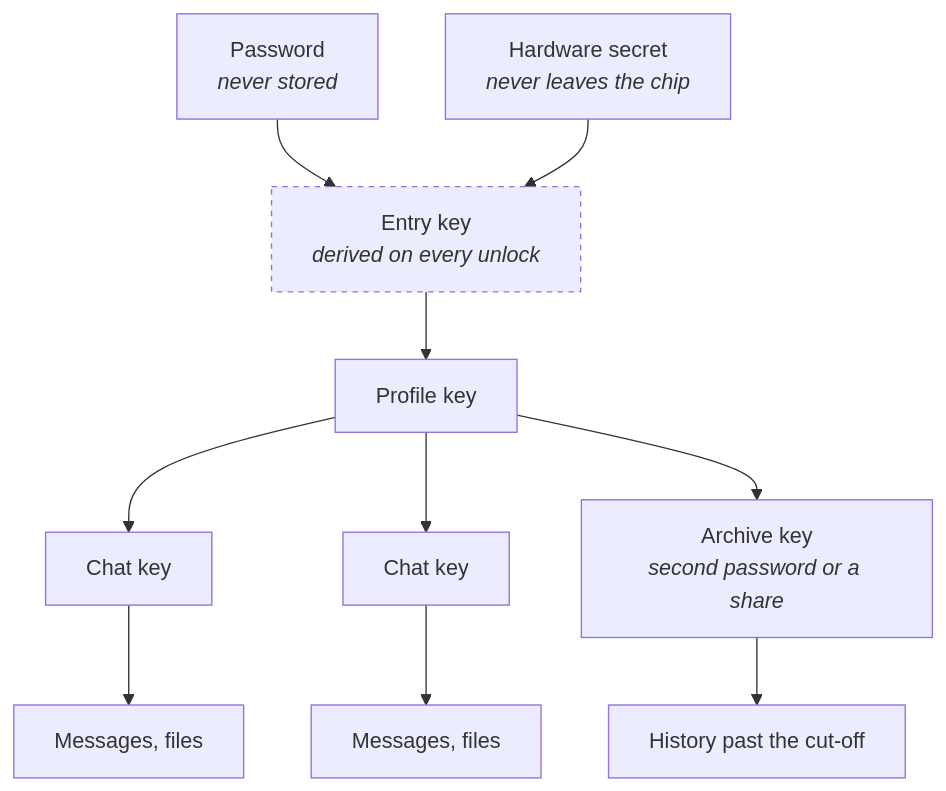
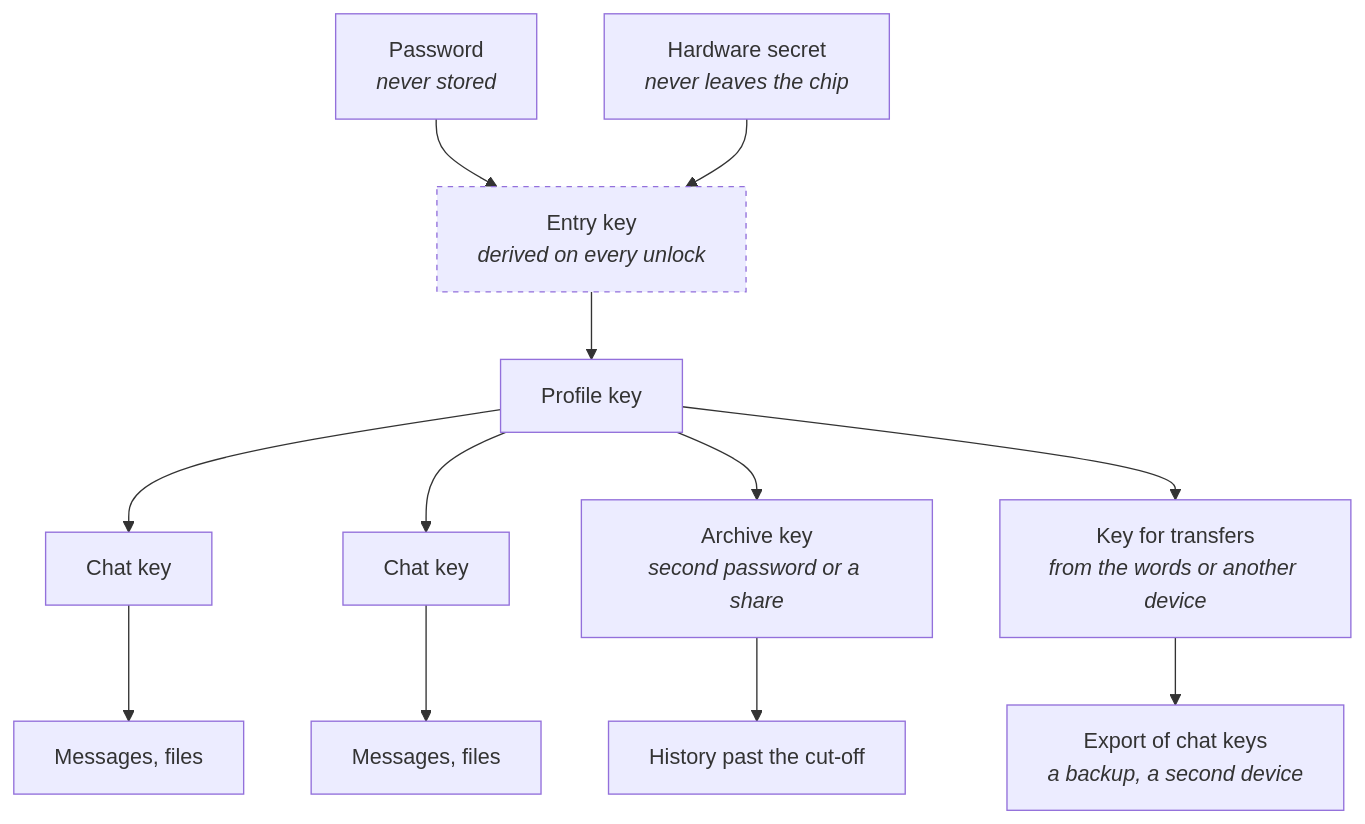
One commit to wisper-dev/lethewis changed the diagram in README.md. Above: the diagram before and after it, drawn with Mermaid. The commit also changed other lines of this file and 11 other files, not shown here.

First line of the commit message:
Move data keys to another device and into a backup under words

````diff
--- a/README.md
+++ b/README.md
@@ -24,15 +24,17 @@
 ```mermaid
 graph TD
     PW["Password<br/><i>never stored</i>"] --> EK
     HW["Hardware secret<br/><i>never leaves the chip</i>"] --> EK
     EK["Entry key<br/><i>derived on every unlock</i>"]
     EK --> PK["Profile key"]
     PK --> CK1["Chat key"]
     PK --> CK2["Chat key"]
     PK --> AK["Archive key<br/><i>second password or a share</i>"]
+    PK --> TK["Key for transfers<br/><i>from the words or another device</i>"]
+    TK --> X["Export of chat keys<br/><i>a backup, a second device</i>"]
     CK1 --> D1["Messages, files"]
     CK2 --> D2["Messages, files"]
     AK --> D3["History past the cut-off"]
 
     style EK stroke-dasharray: 4 4
 ```
````
